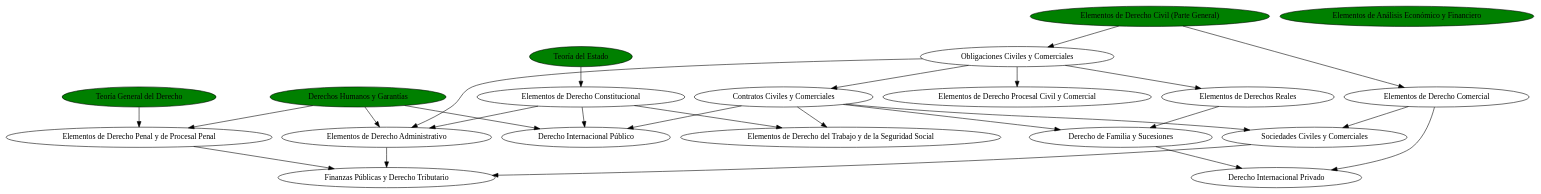
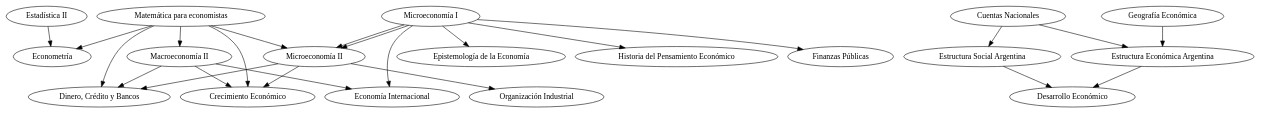
One commit to seppo0010/economia-plan changed the diagram in main.dot. Above: the diagram before and after it, drawn with Graphviz. The commit also changed 12 other files, not shown here.

```diff
--- a/main.dot
+++ b/main.dot
@@ -1,46 +1,44 @@
 digraph {
-    131[label="Teoría General del Derecho" fillcolor="green" style="filled"]
-    132[label="Teoría del Estado" fillcolor="green" style="filled"]
-    133[label="Derechos Humanos y Garantías" fillcolor="green" style="filled"]
-    134[label="Elementos de Derecho Constitucional"]
-    135[label="Elementos de Derecho Civil (Parte General)" fillcolor="green" style="filled"]
-    136[label="Obligaciones Civiles y Comerciales"]
-    145[label="Elementos de Derecho Comercial"]
-    137[label="Contratos Civiles y Comerciales"]
-    138[label="Elementos de Derecho Procesal Civil y Comercial"]
-    139[label="Elementos de Derecho Penal y de Procesal Penal"]
-    140[label="Elementos de Derechos Reales"]
-    141[label="Elementos de Derecho Administrativo"]
-    142[label="Elementos de Derecho del Trabajo y de la Seguridad Social"]
-    144[label="Elementos de Análisis Económico y Financiero" fillcolor="green" style="filled"]
-    163[label="Derecho Internacional Público"]
-    162[label="Sociedades Civiles y Comerciales"]
-    167[label="Derecho de Familia y Sucesiones"]
-    169[label="Derecho Internacional Privado"]
-    168[label="Finanzas Públicas y Derecho Tributario"]
-    131->139
-    139->168
-    132->134
-    134->141
-    134->142
-    137->142
-    134->163
-    141->168
-    133->141
-    133->139
-    136->141
-    162->168
-    145->162
-    137->162
-    136->137
-    136->138
-    135->136
-    137->163
-    133->163
-    145->169
-    167->169
-    137->167
-    140->167
-    135->145
-    136->140
+    283[label="Macroeconomía II"]
+    285[label="Estadística II"]
+    286[label="Microeconomía II"]
+    288[label="Matemática para economistas"]
+    289[label="Epistemología de la Economía"]
+    290[label="Microeconomía I"]
+    551[label="Econometría"]
+    552[label="Dinero, Crédito y Bancos"]
+    553[label="Historia del Pensamiento Económico"]
+    554[label="Crecimiento Económico"]
+    555[label="Organización Industrial"]
+    556[label="Finanzas Públicas"]
+    557[label="Estructura Social Argentina"]
+    558[label="Economía Internacional"]
+    559[label="Desarrollo Económico"]
+    560[label="Estructura Económica Argentina"]
+    561[label="Cuentas Nacionales"]
+    287[label="Geografía Económica"]
+
+    288->283
+    288->286
+    290->286
+    290->286
+    290->289
+    285->551
+    288->551
+    283->552
+    286->552
+    288->552
+    290->553
+    283->554
+    286->554
+    288->554
+    286->555
+    290->556
+    561->557
+    283->558
+    290->558
+    557->559
+    560->559
+    561->560
+    287->560
 }
```
